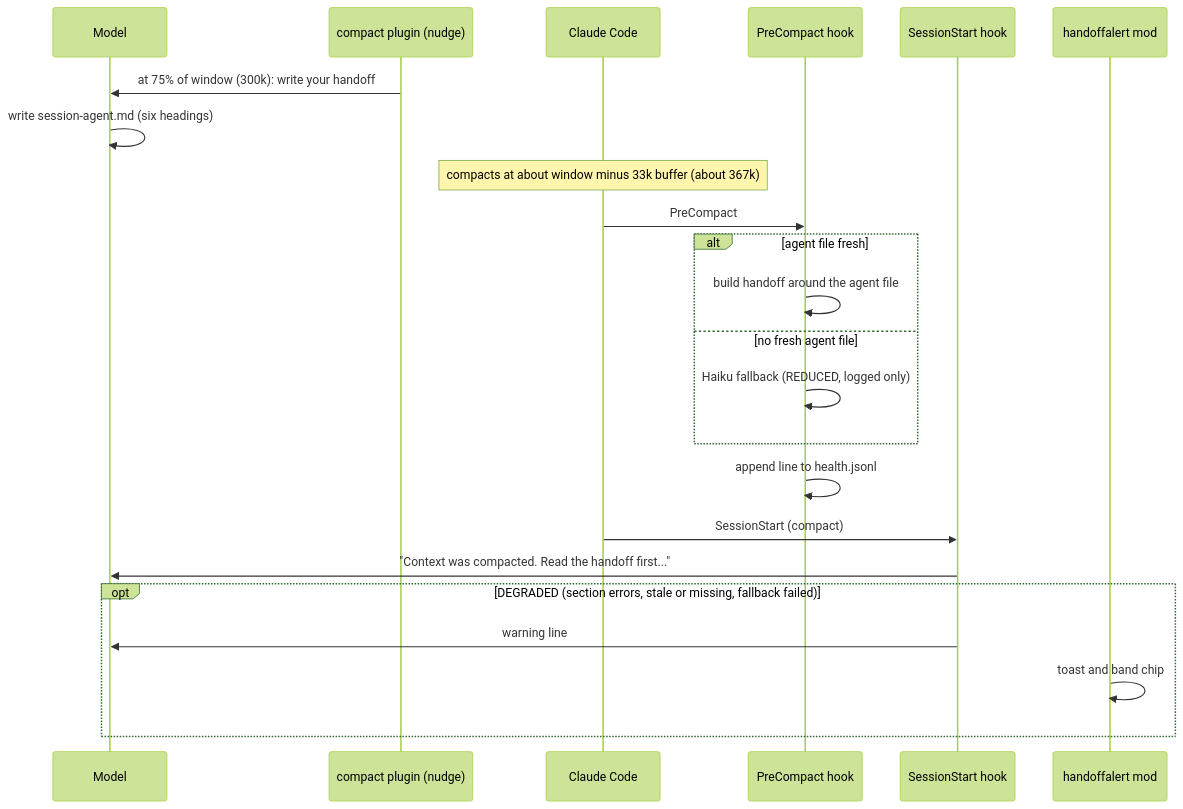
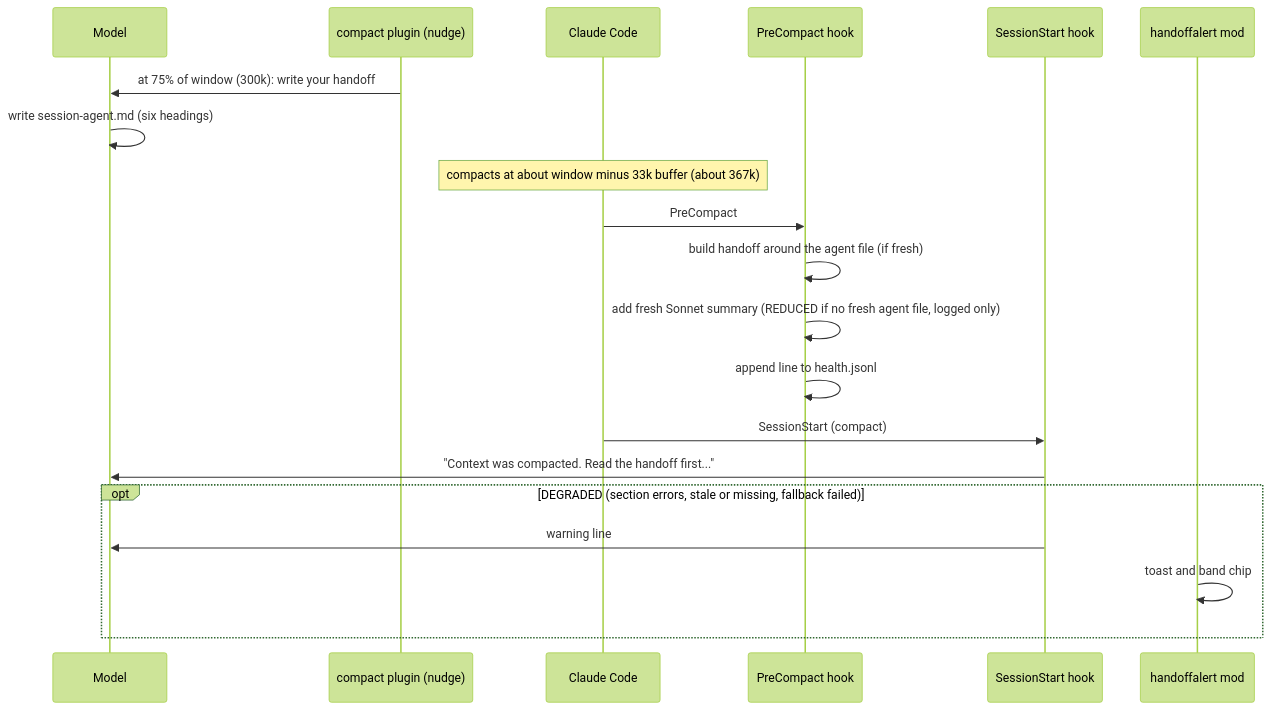
Before and after one commit to pratikgh0se/machine-setup: the second of 3 diagrams in ARCHITECTURE.md, drawn with Mermaid (forest theme). The commit also changed other lines of this file and 6 other files, not shown here.

Commit message:
docs: F38 fresh summary (ADR 0013, changelog 1.1.0, README, rulings)

````diff
--- a/ARCHITECTURE.md
+++ b/ARCHITECTURE.md
@@ -124,25 +124,22 @@
 ```mermaid
 sequenceDiagram
   participant M as Model
   participant N as compact plugin (nudge)
   participant CC as Claude Code
   participant P as PreCompact hook
   participant S as SessionStart hook
   participant A as handoffalert mod
   N->>M: at 75% of window (300k): write your handoff
   M->>M: write session-agent.md (six headings)
   Note over CC: compacts at about window minus 33k buffer (about 367k)
   CC->>P: PreCompact
-  alt agent file fresh
-    P->>P: build handoff around the agent file
-  else no fresh agent file
-    P->>P: Haiku fallback (REDUCED, logged only)
-  end
+  P->>P: build handoff around the agent file (if fresh)
+  P->>P: add fresh Sonnet summary (REDUCED if no fresh agent file, logged only)
   P->>P: append line to health.jsonl
   CC->>S: SessionStart (compact)
   S->>M: "Context was compacted. Read the handoff first..."
   opt DEGRADED (section errors, stale or missing, fallback failed)
     S->>M: warning line
     A->>A: toast and band chip
   end
 ```
````
